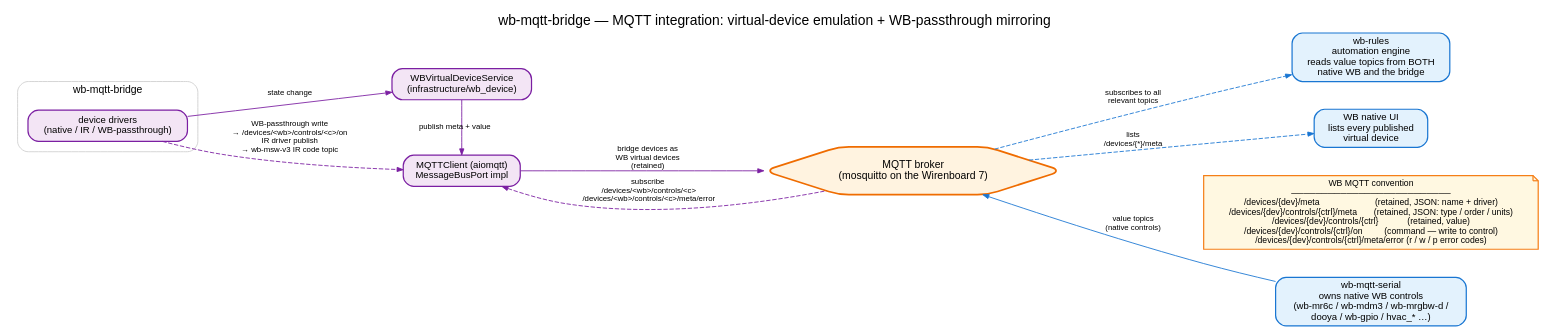
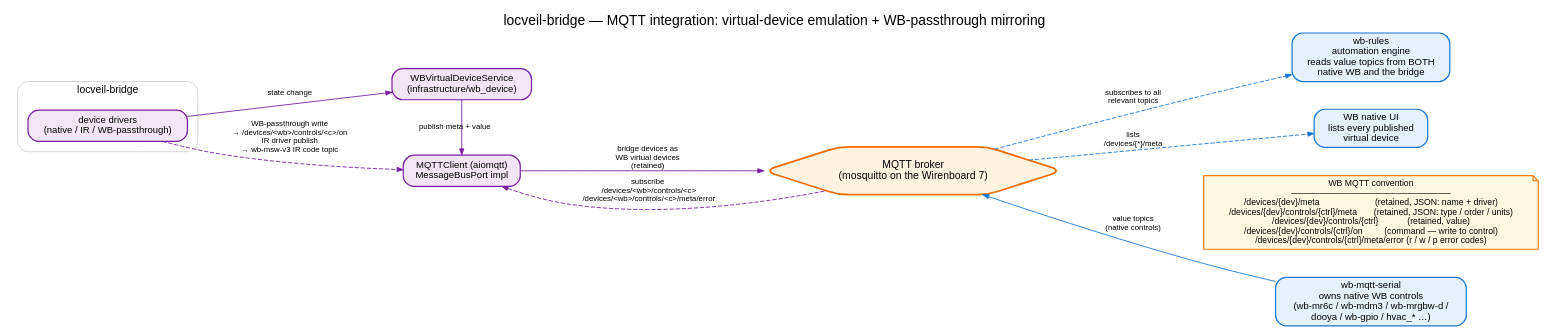
One commit to droman42/wb-mqtt-bridge changed the diagram in docs/images/mqtt-integration.dot. Above: the diagram before and after it, drawn with Graphviz. The commit also changed 34 other files, not shown here.

```diff
--- a/docs/images/mqtt-integration.dot
+++ b/docs/images/mqtt-integration.dot
@@ -1,62 +1,62 @@
-// wb-mqtt-bridge — MQTT integration with Wirenboard. Render:
+// locveil-bridge — MQTT integration with Wirenboard. Render:
 //   dot -Tpng docs/images/mqtt-integration.dot -o docs/images/mqtt-integration.png
 // Palette: see hexagon.dot header.
 digraph mqtt_integration {
   rankdir=LR;
   bgcolor="white";
   splines=spline;
   nodesep=0.45; ranksep=1.1;
   fontname="Helvetica"; labelloc=t; fontsize=16;
-  label="wb-mqtt-bridge — MQTT integration: virtual-device emulation + WB-passthrough mirroring";
+  label="locveil-bridge — MQTT integration: virtual-device emulation + WB-passthrough mirroring";
 
   node [fontname="Helvetica", fontsize=11, shape=box, style="filled,rounded", penwidth=1.4];
   edge [fontname="Helvetica", fontsize=9, color="#9e9e9e", arrowsize=0.7];
 
   // --- left: the bridge (driven side) ---
   subgraph cluster_bridge {
-    label="wb-mqtt-bridge"; fontsize=12; color="#cfcfcf"; style=rounded; margin=12;
+    label="locveil-bridge"; fontsize=12; color="#cfcfcf"; style=rounded; margin=12;
     drivers [label="device drivers\n(native / IR / WB-passthrough)", fillcolor="#f3e5f5", color="#7b1fa2"];
     wbsvc   [label="WBVirtualDeviceService\n(infrastructure/wb_device)", fillcolor="#f3e5f5", color="#7b1fa2"];
     mqttcli [label="MQTTClient (aiomqtt)\nMessageBusPort impl", fillcolor="#f3e5f5", color="#7b1fa2"];
   }
 
   // --- center: the MQTT broker ---
   broker [label="MQTT broker\n(mosquitto on the Wirenboard 7)", fillcolor="#fff3e0", color="#ef6c00",
           shape=hexagon, penwidth=2, fontsize=12, width=3.6];
 
   // --- right: what else is on the broker ---
   subgraph cluster_wb {
     label="Wirenboard ecosystem"; fontsize=12; color="#cfcfcf"; style=rounded; margin=12;
     wbserial [label="wb-mqtt-serial\nowns native WB controls\n(wb-mr6c / wb-mdm3 / wb-mrgbw-d /\ndooya / wb-gpio / hvac_* …)",
               fillcolor="#e3f2fd", color="#1976d2"];
     wbrules  [label="wb-rules\nautomation engine\nreads value topics from BOTH\nnative WB and the bridge",
               fillcolor="#e3f2fd", color="#1976d2"];
     wbui     [label="WB native UI\nlists every published\nvirtual device",
               fillcolor="#e3f2fd", color="#1976d2"];
   }
 
   // --- topics legend (data note) ---
   topics [shape=note, fillcolor="#fff8e1", color="#f57f17", fontsize=10,
           label="WB MQTT convention\n──────────────────────────\n/devices/{dev}/meta                       (retained, JSON: name + driver)\n/devices/{dev}/controls/{ctrl}/meta       (retained, JSON: type / order / units)\n/devices/{dev}/controls/{ctrl}            (retained, value)\n/devices/{dev}/controls/{ctrl}/on         (command — write to control)\n/devices/{dev}/controls/{ctrl}/meta/error (r / w / p error codes)"];
 
   // --- the two-way flow ---
   // Bridge publishes its own virtual devices:
   drivers  -> wbsvc   [label="state change", color="#7b1fa2"];
   wbsvc    -> mqttcli [label="publish meta + value", color="#7b1fa2"];
   mqttcli  -> broker  [label="bridge devices as\nWB virtual devices\n(retained)", color="#7b1fa2"];
 
   // Bridge subscribes for WB-passthrough mirroring + driver-specific topics:
   mqttcli -> broker [label="subscribe\n  /devices/<wb>/controls/<c>\n  /devices/<wb>/controls/<c>/meta/error", dir=back, color="#7b1fa2", style=dashed];
   drivers -> mqttcli [label="WB-passthrough write\n→ /devices/<wb>/controls/<c>/on\nIR driver publish\n→ wb-msw-v3 IR code topic", color="#7b1fa2", style=dashed];
 
   // WB side
   wbserial -> broker [label="value topics\n(native controls)", color="#1976d2"];
   broker   -> wbrules [label="subscribes to all\nrelevant topics", color="#1976d2", style=dashed];
   broker   -> wbui    [label="lists\n/devices/{*}/meta", color="#1976d2", style=dashed];
 
   // legend hangs off the broker
   broker -> topics [style=invis];
 
   {rank=same; wbsvc; mqttcli}
   {rank=same; wbserial; wbrules; wbui}
 }
```
